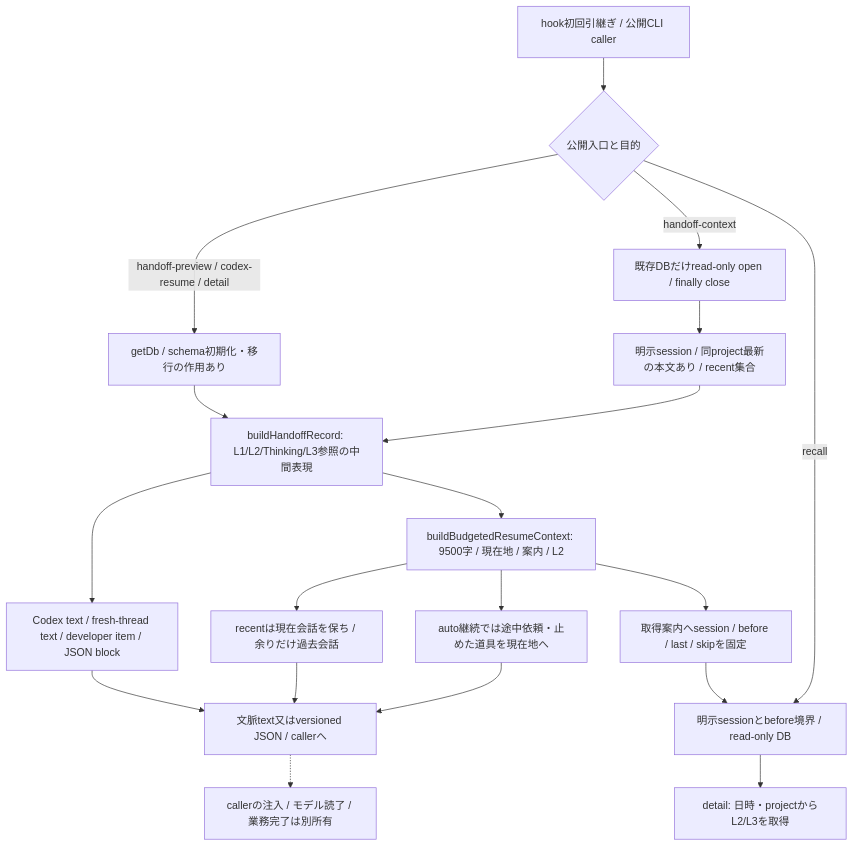
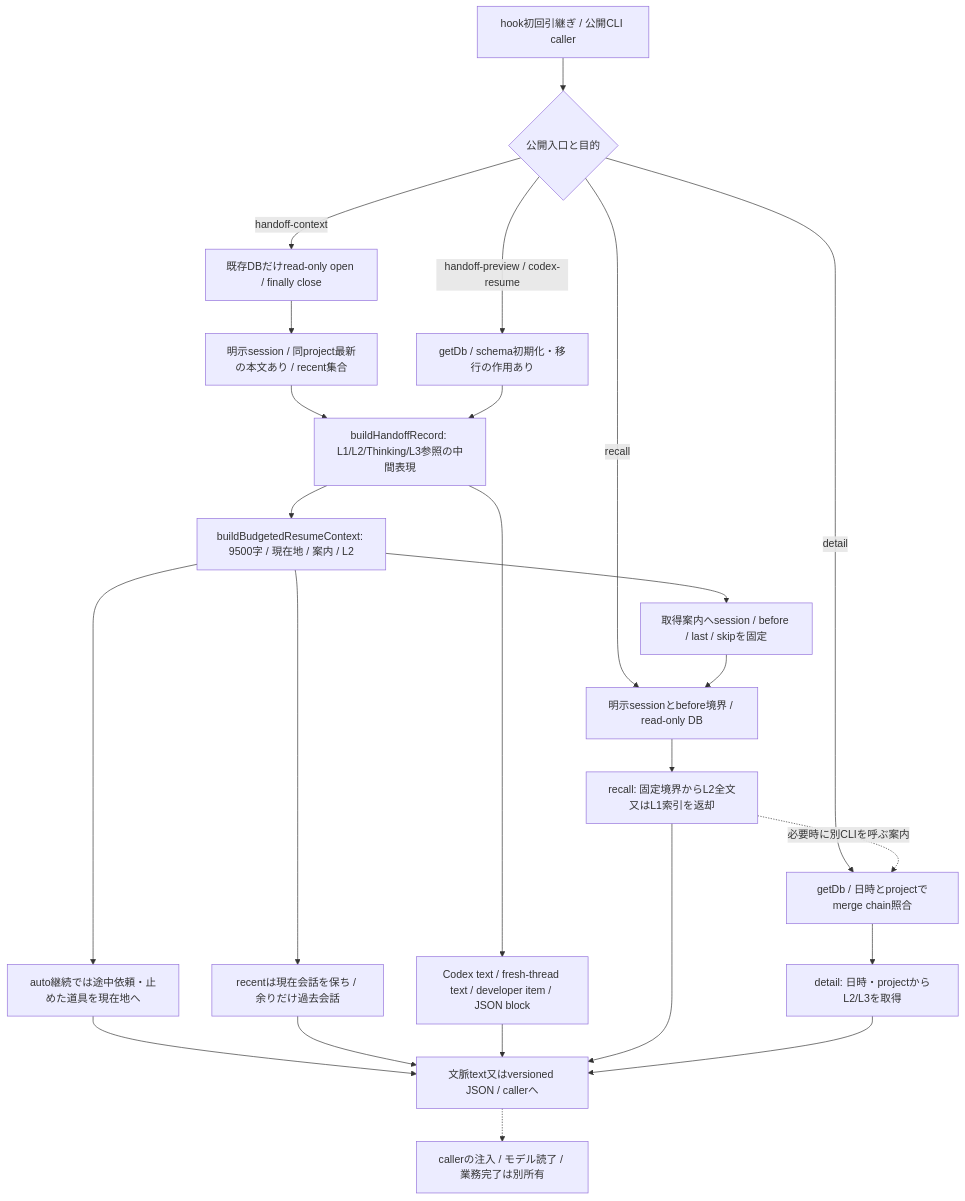
The first of 3 diagrams in docs/architecture/current-projections.md (kitepon/Throughline), drawn with Mermaid before and after one commit. The commit also changed other lines of this file and 25 other files, not shown here.

Commit message:
docs: render current architecture and map distribution contracts

````diff
--- a/docs/architecture/current-projections.md
+++ b/docs/architecture/current-projections.md
@@ -7,21 +7,26 @@
 ```mermaid
 flowchart TD
   Caller[hook初回引継ぎ / 公開CLI caller] --> Entry{公開入口と目的}
   Entry -->|handoff-context| RO[既存DBだけread-only open / finally close]
-  Entry -->|handoff-preview / codex-resume / detail| RW[getDb / schema初期化・移行の作用あり]
+  Entry -->|handoff-preview / codex-resume| RW[getDb / schema初期化・移行の作用あり]
+  Entry -->|detail| DetailDB[getDb / 日時とprojectでmerge chain照合]
   Entry -->|recall| Pull[明示sessionとbefore境界 / read-only DB]
   RO --> Select[明示session / 同project最新の本文あり / recent集合]
   Select --> Record[buildHandoffRecord: L1/L2/Thinking/L3参照の中間表現]
   RW --> Record
   Record --> Budget[buildBudgetedResumeContext: 9500字 / 現在地 / 案内 / L2]
   Record --> Manual[Codex text / fresh-thread text / developer item / JSON block]
   Budget --> Auto[auto継続では途中依頼・止めた道具を現在地へ]
   Budget --> Recent[recentは現在会話を保ち / 余りだけ過去会話]
   Auto --> Out[文脈text又はversioned JSON / callerへ]
   Recent --> Out
   Manual --> Out
   Budget --> Hints[取得案内へsession / before / last / skipを固定]
   Hints --> Pull
-  Pull --> Detail[detail: 日時・projectからL2/L3を取得]
+  Pull --> Recall[recall: 固定境界からL2全文又はL1索引を返却]
+  Recall -.->|必要時に別CLIを呼ぶ案内| DetailDB
+  DetailDB --> Detail[detail: 日時・projectからL2/L3を取得]
+  Recall --> Out
+  Detail --> Out
   Out -.-> Consumer[callerの注入 / モデル読了 / 業務完了は別所有]
 ```
````
